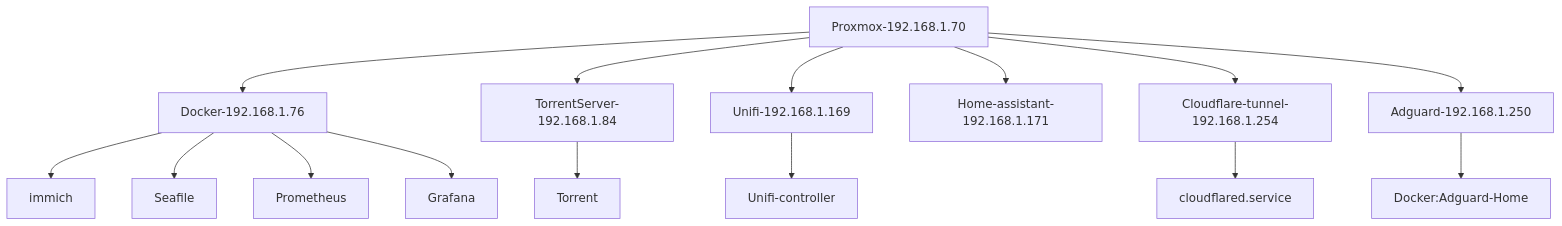
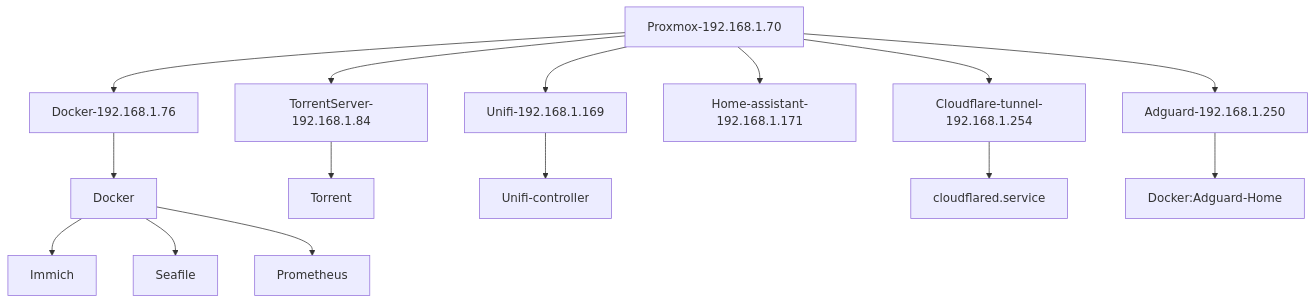
One commit to BenceGyurus/Homelab changed the diagram in diagrams/infra.mmd. Above: the diagram before and after it, drawn with Mermaid.

Commit message:
diagrams

```diff
--- a/diagrams/infra.mmd
+++ b/diagrams/infra.mmd
@@ -1,20 +1,20 @@
 graph TD;
     Proxmox-192.168.1.70-->Docker-192.168.1.76;
-    Docker-192.168.1.76-->immich;
-    Docker-192.168.1.76-->Seafile;
-    Docker-192.168.1.76-->Prometheus;
-    Docker-192.168.1.76-->Grafana;
+    Docker-192.168.1.76-->Docker;
+    Docker-->Immich;
+    Docker-->Seafile;
+    Docker-->Prometheus;
     
     Proxmox-192.168.1.70-->TorrentServer-192.168.1.84;
     TorrentServer-192.168.1.84-->Torrent;
     
     Proxmox-192.168.1.70-->Unifi-192.168.1.169;
     Unifi-192.168.1.169-->Unifi-controller;
     
     Proxmox-192.168.1.70-->Home-assistant-192.168.1.171;
 
     Proxmox-192.168.1.70-->Cloudflare-tunnel-192.168.1.254;
     Cloudflare-tunnel-192.168.1.254-->cloudflared.service;
     
     Proxmox-192.168.1.70-->Adguard-192.168.1.250;
     Adguard-192.168.1.250-->Docker:Adguard-Home;
```
